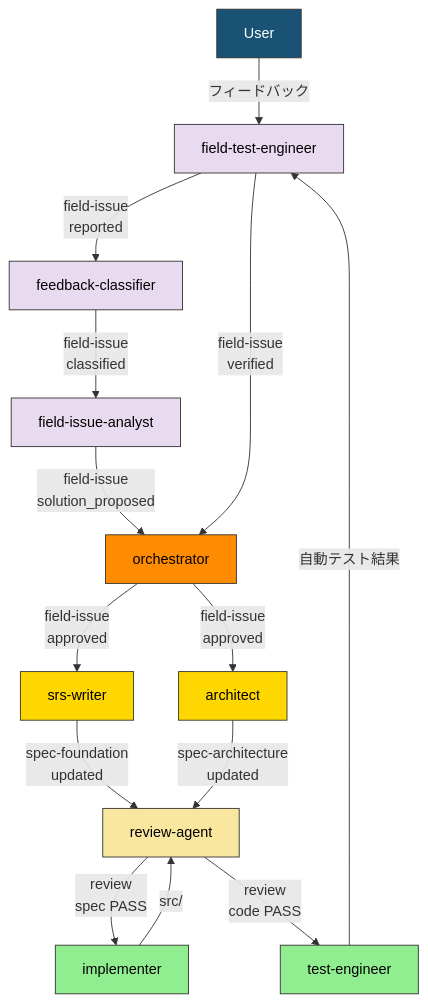
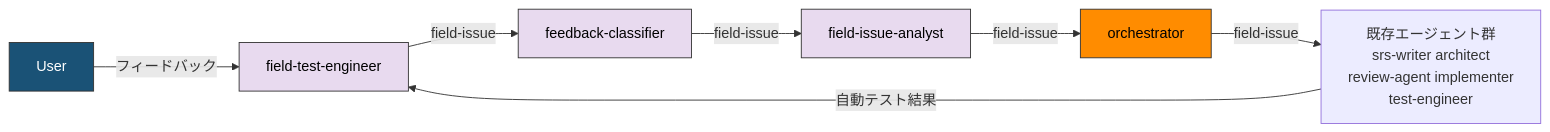
Before and after one commit to GoodRelax/gr-sw-maker: the second of 4 diagrams in process-rules/agent-list-ja.md, drawn with Mermaid. The commit also changed other lines of this file and 15 other files, not shown here.

````diff
--- a/process-rules/agent-list-ja.md
+++ b/process-rules/agent-list-ja.md
@@ -291,38 +291,15 @@
 ```mermaid
-flowchart TD
-    User["User"]
-    FTE["field-test-engineer"]
-    FC["feedback-classifier"]
-    FIA["field-issue-analyst"]
-    Orch["orchestrator"]
-    SRS["srs-writer"]
-    Arch["architect"]
-    Impl["implementer"]
-    Rev["review-agent"]
-    Test["test-engineer"]
+flowchart LR
+    User["User"] -->|"フィードバック"| FTE["field-test-engineer"]
+    FTE -->|"field-issue"| FC["feedback-classifier"]
+    FC -->|"field-issue"| FIA["field-issue-analyst"]
+    FIA -->|"field-issue"| Orch["orchestrator"]
+    Orch -->|"field-issue"| Existing["既存エージェント群<br/>srs-writer architect<br/>review-agent implementer<br/>test-engineer"]
+    Existing -->|"自動テスト結果"| FTE
 
-    User -->|"フィードバック"| FTE
-    FTE -->|"field-issue<br/>reported"| FC
-    FC -->|"field-issue<br/>classified"| FIA
-    FIA -->|"field-issue<br/>solution_proposed"| Orch
-    Orch -->|"field-issue<br/>approved"| SRS
-    Orch -->|"field-issue<br/>approved"| Arch
-    SRS -->|"spec-foundation<br/>updated"| Rev
-    Arch -->|"spec-architecture<br/>updated"| Rev
-    Rev -->|"review<br/>spec PASS"| Impl
-    Impl -->|"src/"| Rev
-    Rev -->|"review<br/>code PASS"| Test
-    Test -->|"自動テスト結果"| FTE
-    FTE -->|"field-issue<br/>verified"| Orch
-
-    style User fill:#1a5276,stroke:#333,color:#fff
     style FTE fill:#E8DAEF,stroke:#333,color:#000
     style FC fill:#E8DAEF,stroke:#333,color:#000
     style FIA fill:#E8DAEF,stroke:#333,color:#000
     style Orch fill:#FF8C00,stroke:#333,color:#000
-    style SRS fill:#FFD700,stroke:#333,color:#000
-    style Arch fill:#FFD700,stroke:#333,color:#000
-    style Impl fill:#90EE90,stroke:#333,color:#000
-    style Rev fill:#f9e79f,stroke:#333,color:#000
-    style Test fill:#90EE90,stroke:#333,color:#000
+    style User fill:#1a5276,stroke:#333,color:#fff
 ```
````
